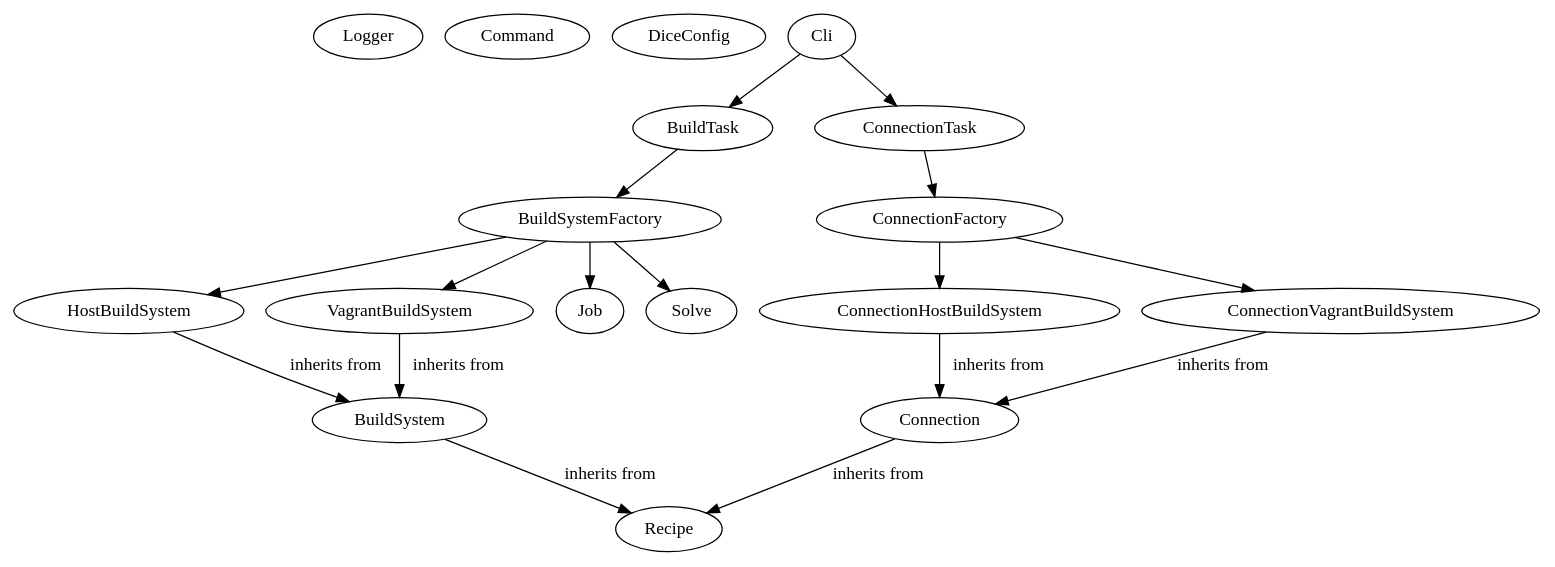
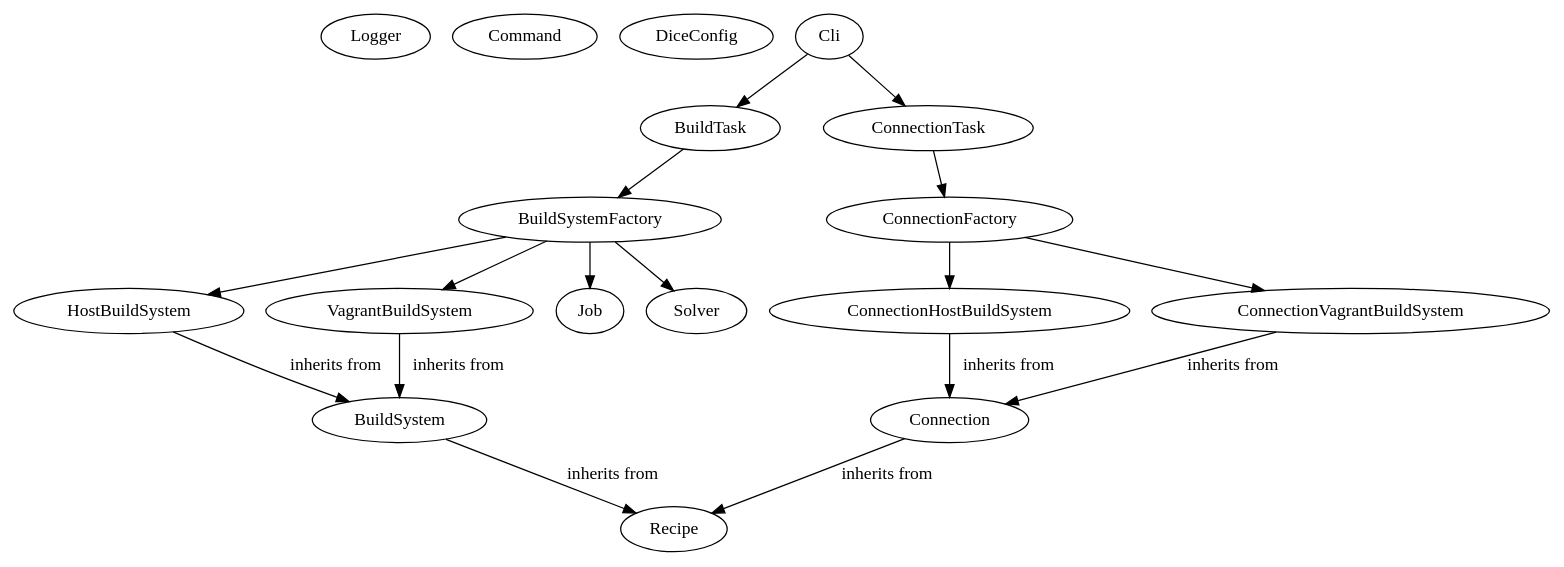
Before and after one commit to OSInside/dice: the diagram in .dice.dot, drawn with Graphviz.

Commit message:
Update dot graph

```diff
--- a/.dice.dot
+++ b/.dice.dot
@@ -1,31 +1,31 @@
 digraph G {
   Logger;
   Command;
   DiceConfig;
 
   Cli;
   Cli -> BuildTask;
 
   Cli -> ConnectionTask;
 
   ConnectionHostBuildSystem -> Connection [label="inherits from"];
   ConnectionVagrantBuildSystem -> Connection [label="inherits from"];
   Connection -> Recipe [label="inherits from"];
 
   HostBuildSystem -> BuildSystem [label="inherits from"];
   VagrantBuildSystem -> BuildSystem [label="inherits from"];
   BuildSystem -> Recipe [label="inherits from"];
 
   ConnectionFactory -> ConnectionVagrantBuildSystem;
   ConnectionFactory -> ConnectionHostBuildSystem;
 
   ConnectionTask -> ConnectionFactory;
 
   BuildSystemFactory -> Job;
-  BuildSystemFactory -> Solve;
+  BuildSystemFactory -> Solver;
 
   BuildSystemFactory -> HostBuildSystem
   BuildSystemFactory -> VagrantBuildSystem
 
   BuildTask -> BuildSystemFactory;
 }
```
